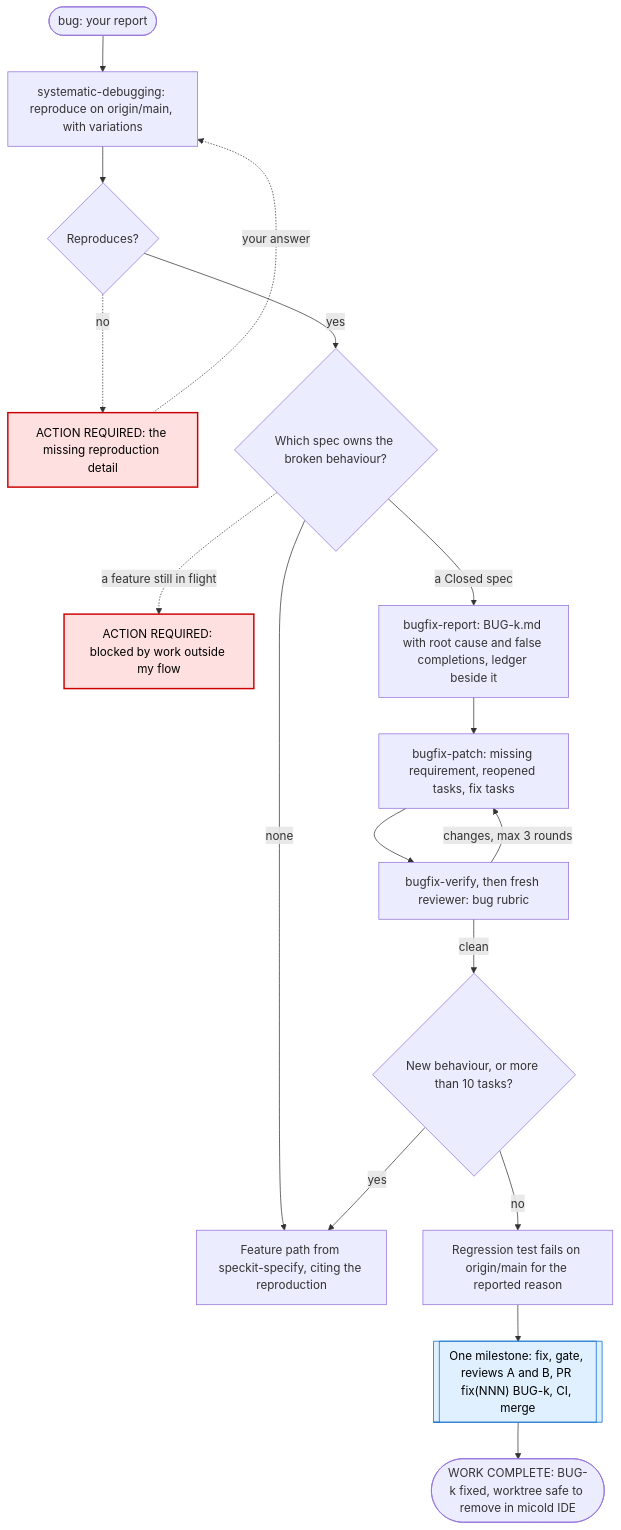
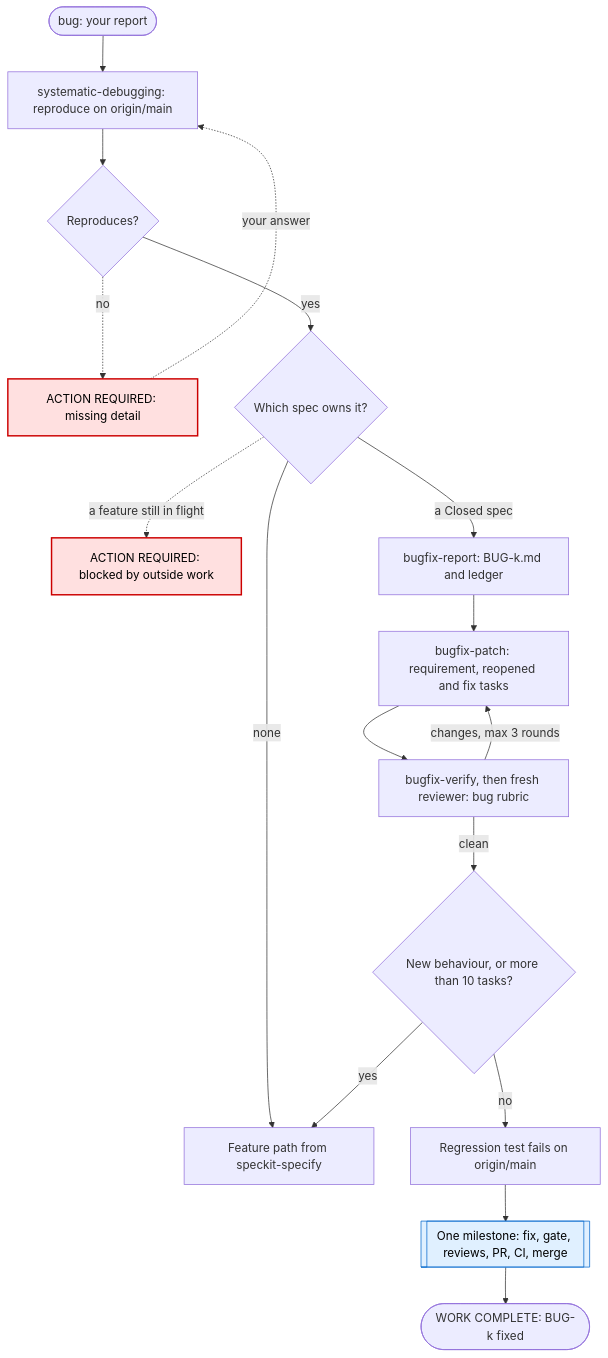
Before and after one commit to jaroslawherod/micold-ai-ide: the third of 3 diagrams in .claude/skills/speckit-autopilot/README.md, drawn with Mermaid. The commit also changed other lines of this file and 6 other files, not shown here.

````diff
--- a/.claude/skills/speckit-autopilot/README.md
+++ b/.claude/skills/speckit-autopilot/README.md
@@ -98,24 +100,24 @@
 ```mermaid
 flowchart TD
-    B0(["bug: your report"]) --> REPRO["systematic-debugging: reproduce on origin/main, with variations"]
+    B0(["bug: your report"]) --> REPRO["systematic-debugging: reproduce on origin/main"]
     REPRO --> RQ{"Reproduces?"}
-    RQ -.->|no| ESCR["ACTION REQUIRED: the missing reproduction detail"]
+    RQ -.->|no| ESCR["ACTION REQUIRED: missing detail"]
     ESCR -.->|"your answer"| REPRO
-    RQ -->|yes| OWN{"Which spec owns the broken behaviour?"}
-    OWN -->|none| FEAT["Feature path from speckit-specify, citing the reproduction"]
-    OWN -.->|"a feature still in flight"| ESCO["ACTION REQUIRED: blocked by work outside my flow"]
-    OWN -->|"a Closed spec"| REP["bugfix-report: BUG-k.md with root cause and false completions, ledger beside it"]
-    REP --> PATCH["bugfix-patch: missing requirement, reopened tasks, fix tasks"]
+    RQ -->|yes| OWN{"Which spec owns it?"}
+    OWN -->|none| FEAT["Feature path from speckit-specify"]
+    OWN -.->|"a feature still in flight"| ESCO["ACTION REQUIRED: blocked by outside work"]
+    OWN -->|"a Closed spec"| REP["bugfix-report: BUG-k.md and ledger"]
+    REP --> PATCH["bugfix-patch: requirement, reopened and fix tasks"]
     PATCH --> VER["bugfix-verify, then fresh reviewer: bug rubric"]
     VER -->|"changes, max 3 rounds"| PATCH
     VER -->|clean| SIZE{"New behaviour, or more than 10 tasks?"}
     SIZE -->|yes| FEAT
-    SIZE -->|no| RED["Regression test fails on origin/main for the reported reason"]
-    RED --> MS[["One milestone: fix, gate, reviews A and B, PR fix(NNN) BUG-k, CI, merge"]]
-    MS --> BDONE(["WORK COMPLETE: BUG-k fixed, worktree safe to remove in micold IDE"])
+    SIZE -->|no| RED["Regression test fails on origin/main"]
+    RED --> MS[["One milestone: fix, gate, reviews, PR, CI, merge"]]
+    MS --> BDONE(["WORK COMPLETE: BUG-k fixed"])
 
     classDef human fill:#ffe0e0,stroke:#c00,stroke-width:2px,color:#000
     classDef pr fill:#e0f0ff,stroke:#06c,color:#000
     class ESCR,ESCO human
     class MS pr
 ```
````
